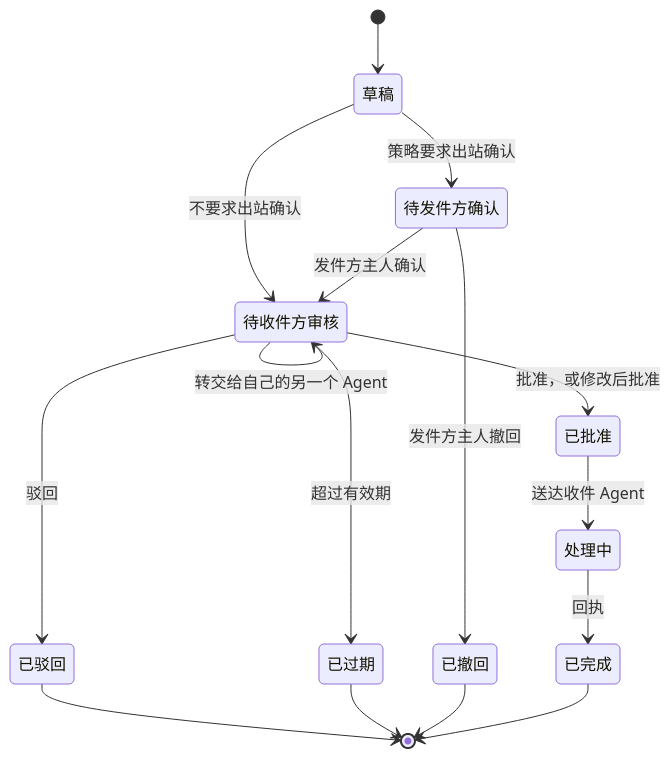
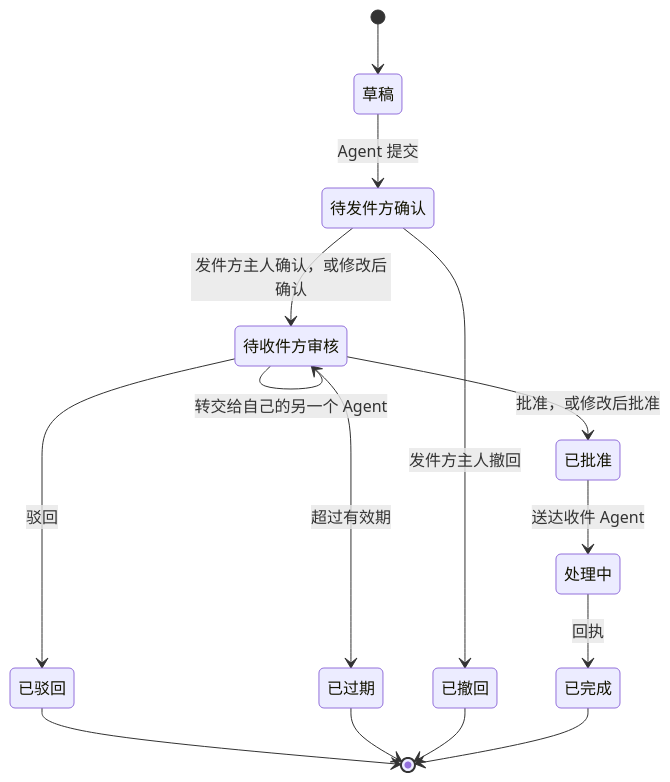
The first of 2 diagrams in docs/04-agent-collaboration.md (CavaiLAB/jiangxin), drawn with Mermaid before and after one commit. The commit also changed other lines of this file and 21 other files, not shown here.

````diff
--- a/docs/04-agent-collaboration.md
+++ b/docs/04-agent-collaboration.md
@@ -74,28 +79,27 @@
 ```mermaid
 stateDiagram-v2
   state "草稿" as draft
   state "待发件方确认" as outbound
   state "待收件方审核" as inbound
   state "已批准" as approved
   state "处理中" as working
   state "已完成" as done
   state "已驳回" as rejected
   state "已过期" as expired
   state "已撤回" as withdrawn
 
   [*] --> draft
-  draft --> outbound: 策略要求出站确认
-  draft --> inbound: 不要求出站确认
-  outbound --> inbound: 发件方主人确认
+  draft --> outbound: Agent 提交
+  outbound --> inbound: 发件方主人确认，或修改后确认
   outbound --> withdrawn: 发件方主人撤回
   inbound --> approved: 批准，或修改后批准
   inbound --> inbound: 转交给自己的另一个 Agent
   inbound --> rejected: 驳回
   inbound --> expired: 超过有效期
   approved --> working: 送达收件 Agent
   working --> done: 回执
   rejected --> [*]
   expired --> [*]
   withdrawn --> [*]
   done --> [*]
 ```
````
